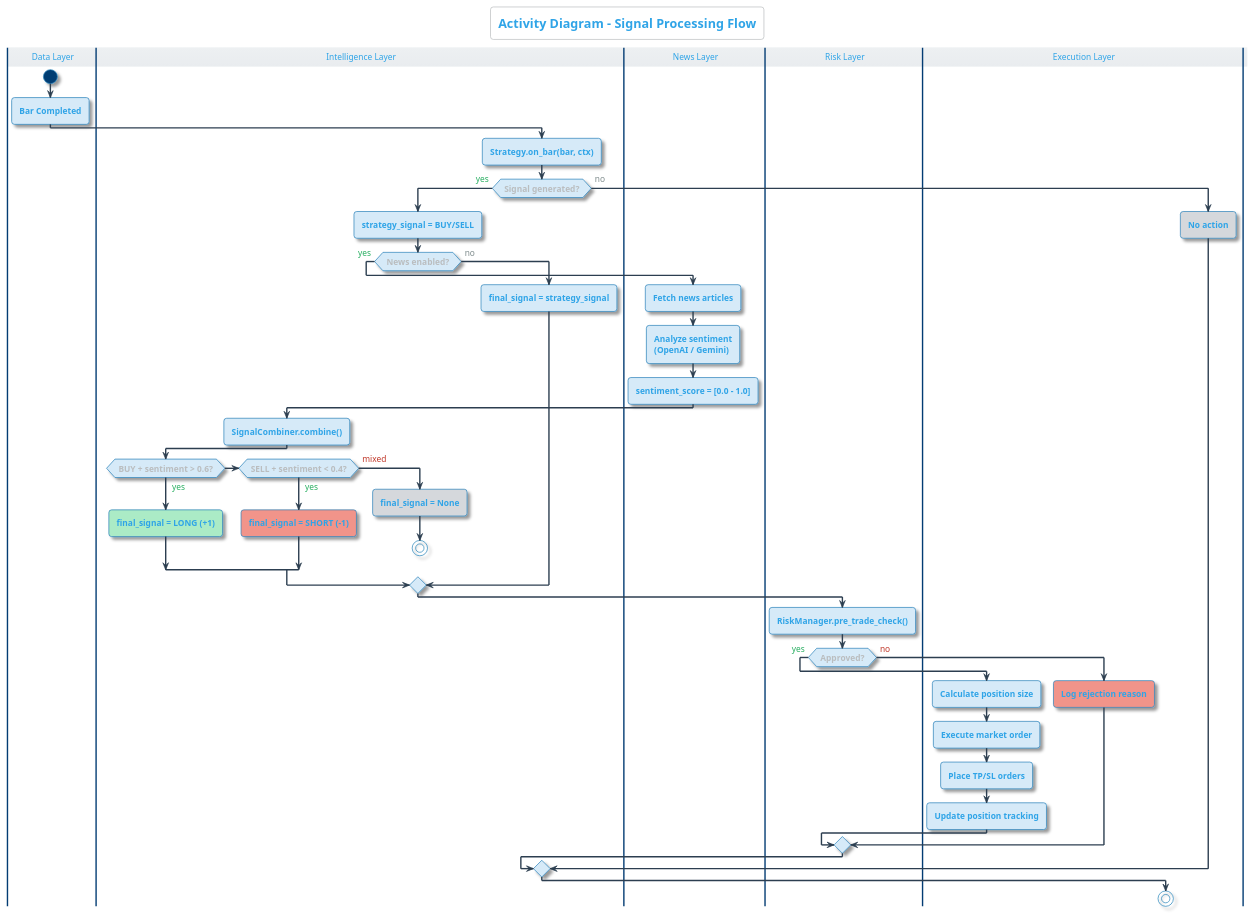
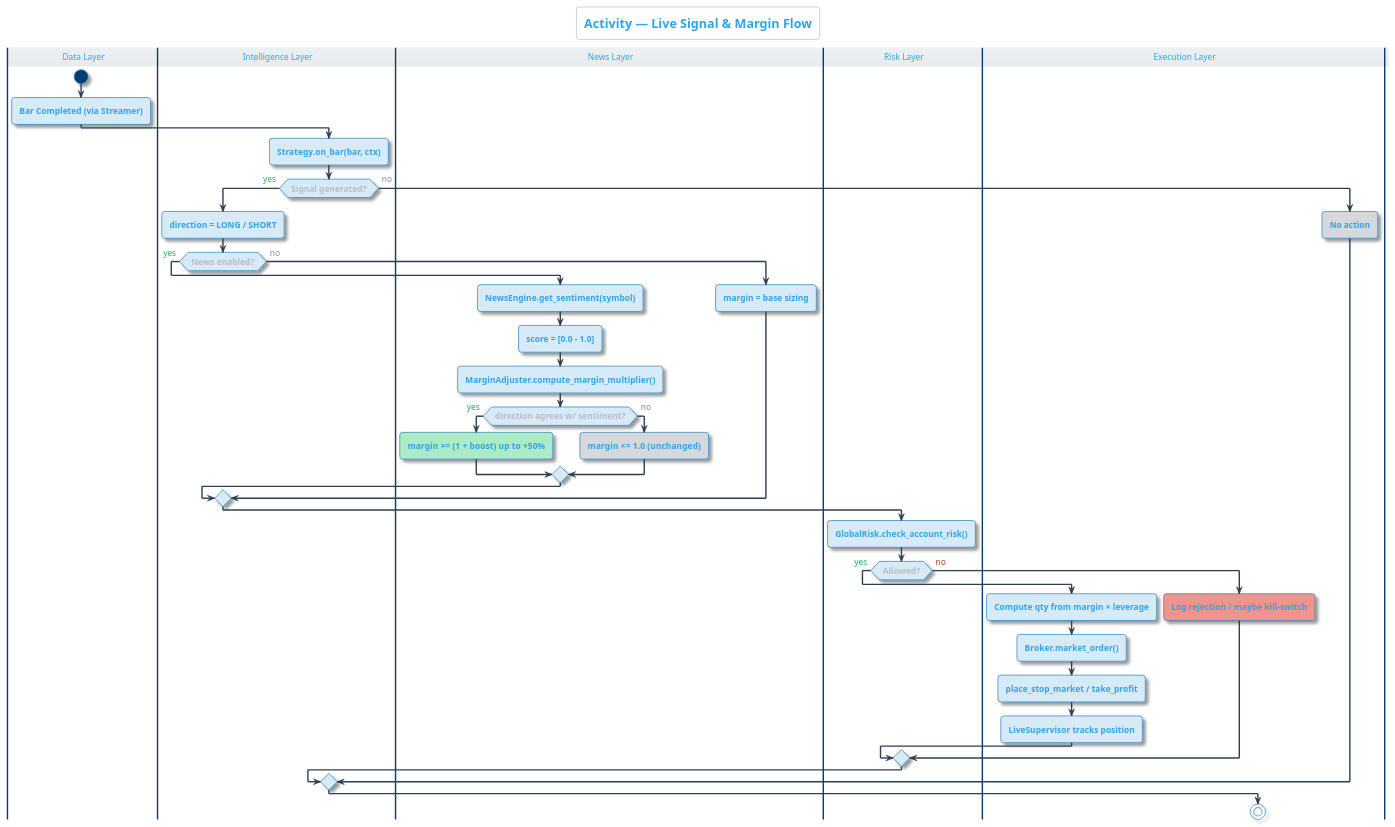
One commit to McanKul/ai-adaptive-tradebot-blg4901 changed diagram 13 of 15 in docs/uml_diagrams.puml. Above: the diagram before and after it, drawn with PlantUML. The commit also changed other lines of this file and 5 other files, not shown here.

```diff
--- a/docs/uml_diagrams.puml
+++ b/docs/uml_diagrams.puml
@@ -776,74 +1291,62 @@
 @startuml Activity_SignalFlow
 !theme cerulean-outline
-title <size:18>**Activity Diagram - Signal Processing Flow**</size>
+title <size:18>**Activity — Live Signal & Margin Flow**</size>
 
 skinparam {
   shadowing true
   defaultFontSize 12
   ActivityFontSize 12
   ArrowColor #2C3E50
   ArrowThickness 2
 }
-
 skinparam activity {
   BackgroundColor #D6EAF8
   BorderColor #2980B9
   FontStyle bold
 }
-
 skinparam diamond {
   BackgroundColor #FEF9E7
   BorderColor #F39C12
 }
 
 |#EBF5FB| Data Layer
 start
-:Bar Completed;
+:Bar Completed (via Streamer);
 
 |#E8DAEF| Intelligence Layer
 :Strategy.on_bar(bar, ctx);
 
 if (Signal generated?) then (<color:#27AE60>yes</color>)
-  :strategy_signal = BUY/SELL;
+  :direction = LONG / SHORT;
 
   if (News enabled?) then (<color:#27AE60>yes</color>)
     |#FDEBD0| News Layer
-    :Fetch news articles;
-    :Analyze sentiment\n(OpenAI / Gemini);
-    :sentiment_score = [0.0 - 1.0];
-
-    |#E8DAEF| Intelligence Layer
-    :SignalCombiner.combine();
-
-    if (BUY + sentiment > 0.6?) then (<color:#27AE60>yes</color>)
-      #ABEBC6:final_signal = **LONG (+1)**;
-    elseif (SELL + sentiment < 0.4?) then (<color:#27AE60>yes</color>)
-      #F1948A:final_signal = **SHORT (-1)**;
-    else (<color:#C0392B>mixed</color>)
-      #D5D8DC:final_signal = None;
-      stop
+    :NewsEngine.get_sentiment(symbol);
+    :score = [0.0 - 1.0];
+    :MarginAdjuster.compute_margin_multiplier();
+    if (direction agrees w/ sentiment?) then (<color:#27AE60>yes</color>)
+      #ABEBC6:margin ×= (1 + boost)  up to +50%;
+    else (<color:#7F8C8D>no</color>)
+      #D5D8DC:margin ×= 1.0  (unchanged);
     endif
   else (<color:#7F8C8D>no</color>)
-    :final_signal = strategy_signal;
+    :margin = base sizing;
   endif
 
   |#FADBD8| Risk Layer
-  :RiskManager.pre_trade_check();
-
-  if (Approved?) then (<color:#27AE60>yes</color>)
+  :GlobalRisk.check_account_risk();
+  if (Allowed?) then (<color:#27AE60>yes</color>)
     |#D1F2EB| Execution Layer
-    :Calculate position size;
-    :Execute market order;
-    :Place TP/SL orders;
-    :Update position tracking;
+    :Compute qty from margin × leverage;
+    :Broker.market_order();
+    :place_stop_market / take_profit;
+    :LiveSupervisor tracks position;
   else (<color:#C0392B>no</color>)
-    #F1948A:Log rejection reason;
+    #F1948A:Log rejection / maybe kill-switch;
   endif
-
 else (<color:#7F8C8D>no</color>)
   #D5D8DC:No action;
 endif
-
 stop
 
 @enduml
```
